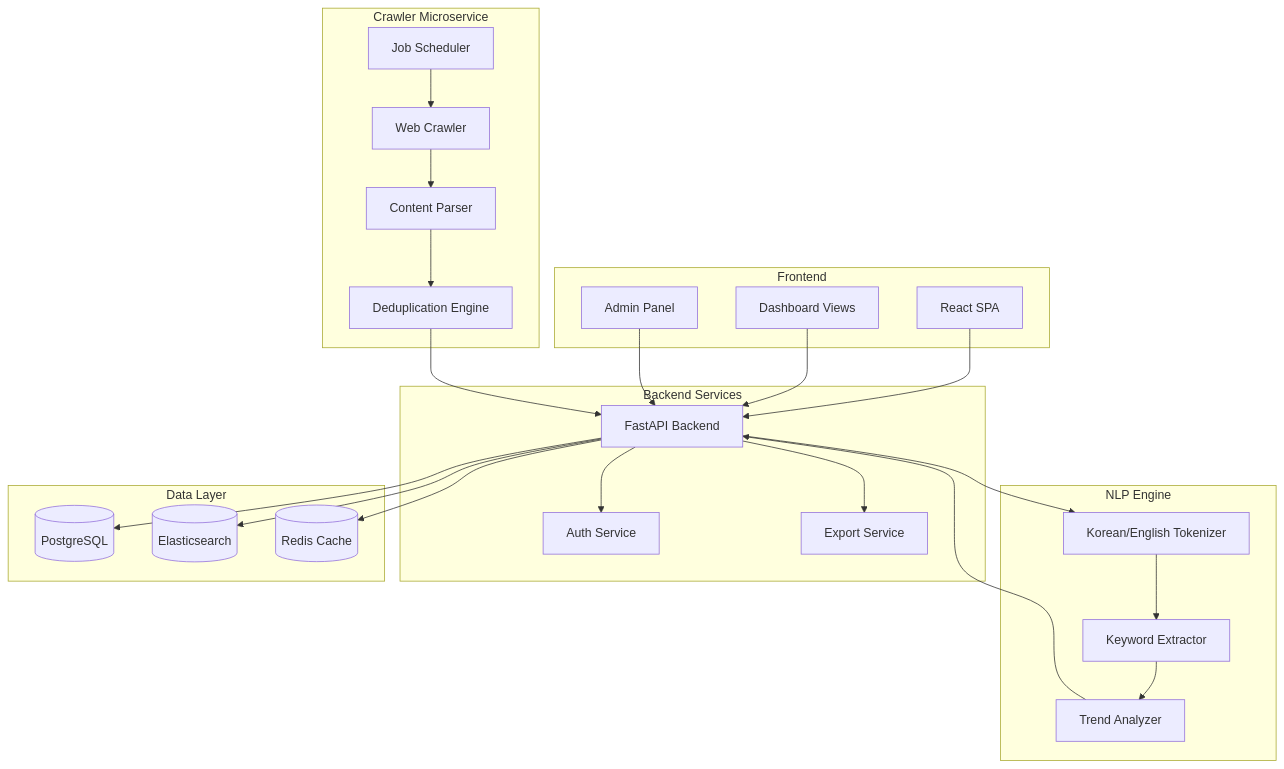
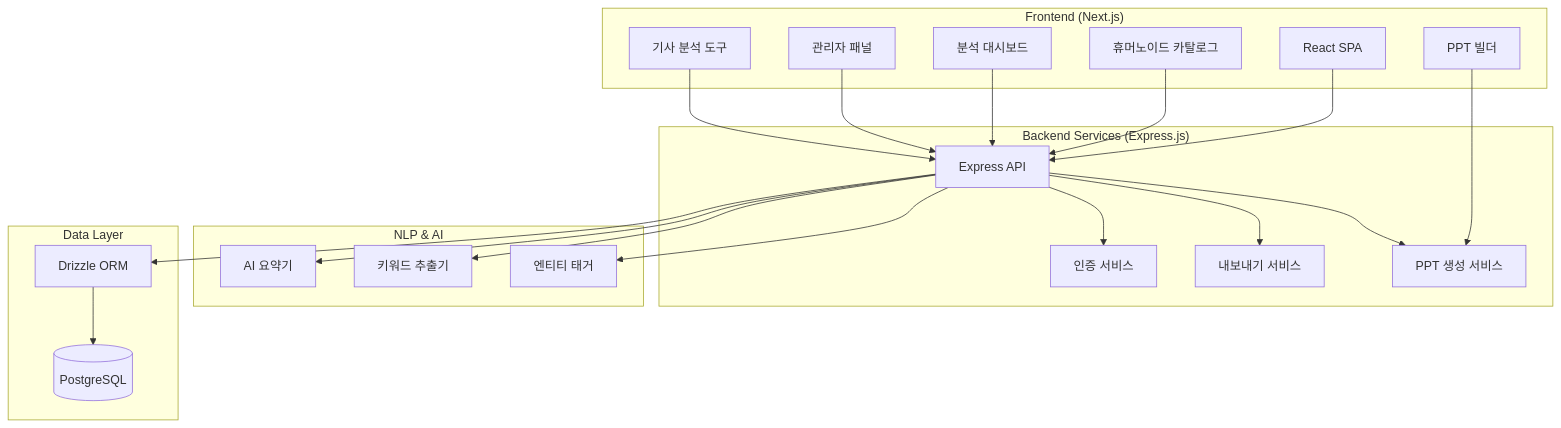
The first of 4 diagrams in .kiro/specs/robot-competitive-intelligence-portal/design.md (Minpa/Robot-Competitive-Intelligence-Portal), drawn with Mermaid before and after one commit. The commit also changed other lines of this file and 25 other files, not shown here.

````diff
--- a/.kiro/specs/robot-competitive-intelligence-portal/design.md
+++ b/.kiro/specs/robot-competitive-intelligence-portal/design.md
@@ -16,53 +15,46 @@
 ```mermaid
 graph TB
-    subgraph "Frontend"
+    subgraph "Frontend (Next.js)"
         UI[React SPA]
-        Dashboard[Dashboard Views]
-        Admin[Admin Panel]
+        Catalog[휴머노이드 카탈로그]
+        Dashboard[분석 대시보드]
+        Admin[관리자 패널]
+        ArticleUI[기사 분석 도구]
+        PPTBuilder[PPT 빌더]
     end
 
-    subgraph "Backend Services"
-        API[FastAPI Backend]
-        Auth[Auth Service]
-        Export[Export Service]
+    subgraph "Backend Services (Express.js)"
+        API[Express API]
+        Auth[인증 서비스]
+        Export[내보내기 서비스]
+        PPTGen[PPT 생성 서비스]
     end
 
-    subgraph "Crawler Microservice"
-        Scheduler[Job Scheduler]
-        Crawler[Web Crawler]
-        Parser[Content Parser]
-        Dedup[Deduplication Engine]
-    end
-
-    subgraph "NLP Engine"
-        Tokenizer[Korean/English Tokenizer]
-        KeywordExtractor[Keyword Extractor]
-        TrendAnalyzer[Trend Analyzer]
+    subgraph "NLP & AI"
+        Summarizer[AI 요약기]
+        KeywordExtractor[키워드 추출기]
+        EntityTagger[엔티티 태거]
     end
 
     subgraph "Data Layer"
         PostgreSQL[(PostgreSQL)]
-        Elasticsearch[(Elasticsearch)]
-        Redis[(Redis Cache)]
+        Drizzle[Drizzle ORM]
     end
 
     UI --> API
+    Catalog --> API
     Dashboard --> API
     Admin --> API
+    ArticleUI --> API
+    PPTBuilder --> PPTGen
     
     API --> Auth
     API --> Export
-    API --> PostgreSQL
-    API --> Elasticsearch
-    API --> Redis
+    API --> PPTGen
+    API --> Drizzle
+    Drizzle --> PostgreSQL
     
-    Scheduler --> Crawler
-    Crawler --> Parser
-    Parser --> Dedup
-    Dedup --> API
-    
-    API --> Tokenizer
-    Tokenizer --> KeywordExtractor
-    KeywordExtractor --> TrendAnalyzer
-    TrendAnalyzer --> API
+    API --> Summarizer
+    API --> KeywordExtractor
+    API --> EntityTagger
 ```
````
